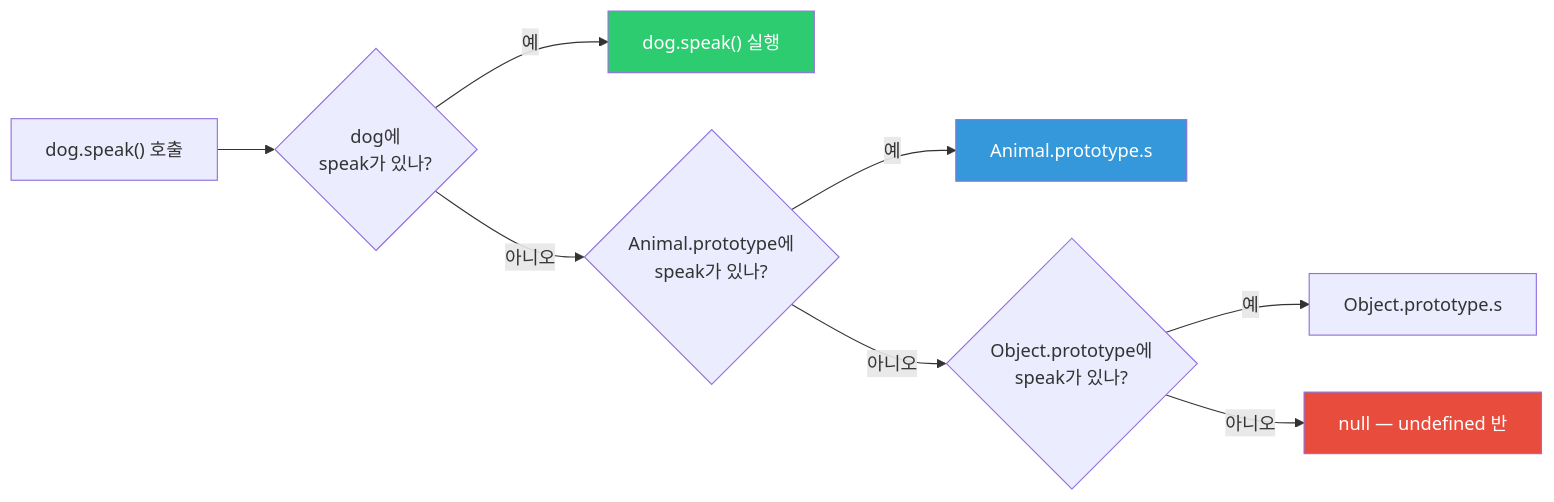
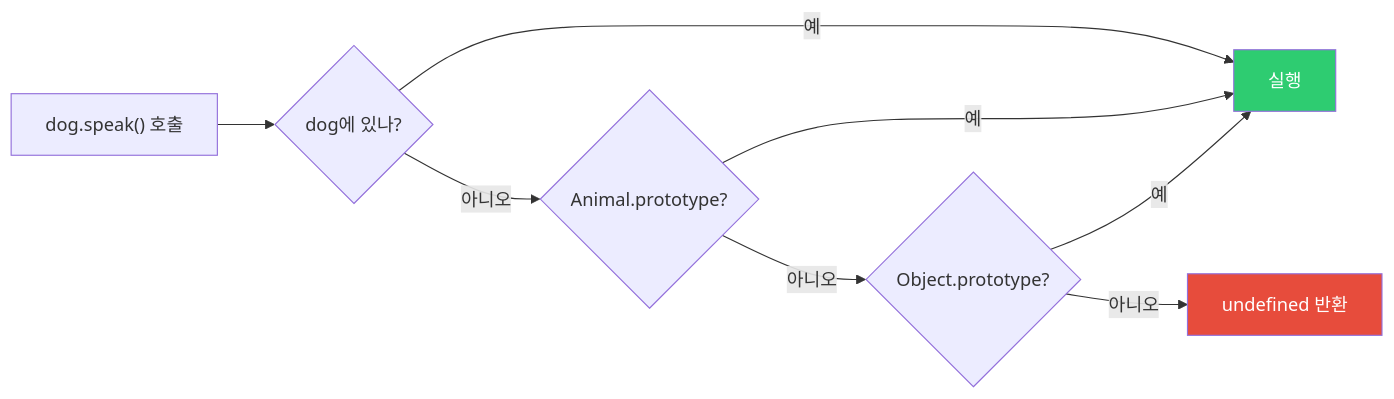
Before and after one commit to yjkim2015/yjkim2015.github.io: the second of 6 diagrams in _posts/frontend/2026-05-02-js-prototype.md, drawn with Mermaid. The commit also changed other lines of this file and 245 other files, not shown here.

First line of the commit message:
Mermaid 다이어그램 전면 수정 + 면접 포인트 접기/펼치기 + DB 데드락 페이지

````diff
--- a/_posts/frontend/2026-05-02-js-prototype.md
+++ b/_posts/frontend/2026-05-02-js-prototype.md
@@ -71,13 +71,12 @@
 ```mermaid
 flowchart LR
-    A["dog.speak() 호출"] --> B{"dog에<br>speak가 있나?"}
-    B -->|"예"| C["dog.speak() 실행"]
-    B -->|"아니오"| D{"Animal.prototype에<br>speak가 있나?"}
-    D -->|"예"| E["Animal.prototype.s"]
-    D -->|"아니오"| F{"Object.prototype에<br>speak가 있나?"}
-    F -->|"예"| G["Object.prototype.s"]
-    F -->|"아니오"| H["null — undefined 반"]
+    A["dog.speak() 호출"] --> B{"dog에 있나?"}
+    B -->|"예"| C["실행"]
+    B -->|"아니오"| D{"Animal.prototype?"}
+    D -->|"예"| C
+    D -->|"아니오"| F{"Object.prototype?"}
+    F -->|"예"| C
+    F -->|"아니오"| G["undefined 반환"]
     style C fill:#2ecc71,color:#fff
-    style E fill:#3498db,color:#fff
-    style H fill:#e74c3c,color:#fff
+    style G fill:#e74c3c,color:#fff
 ```
````
